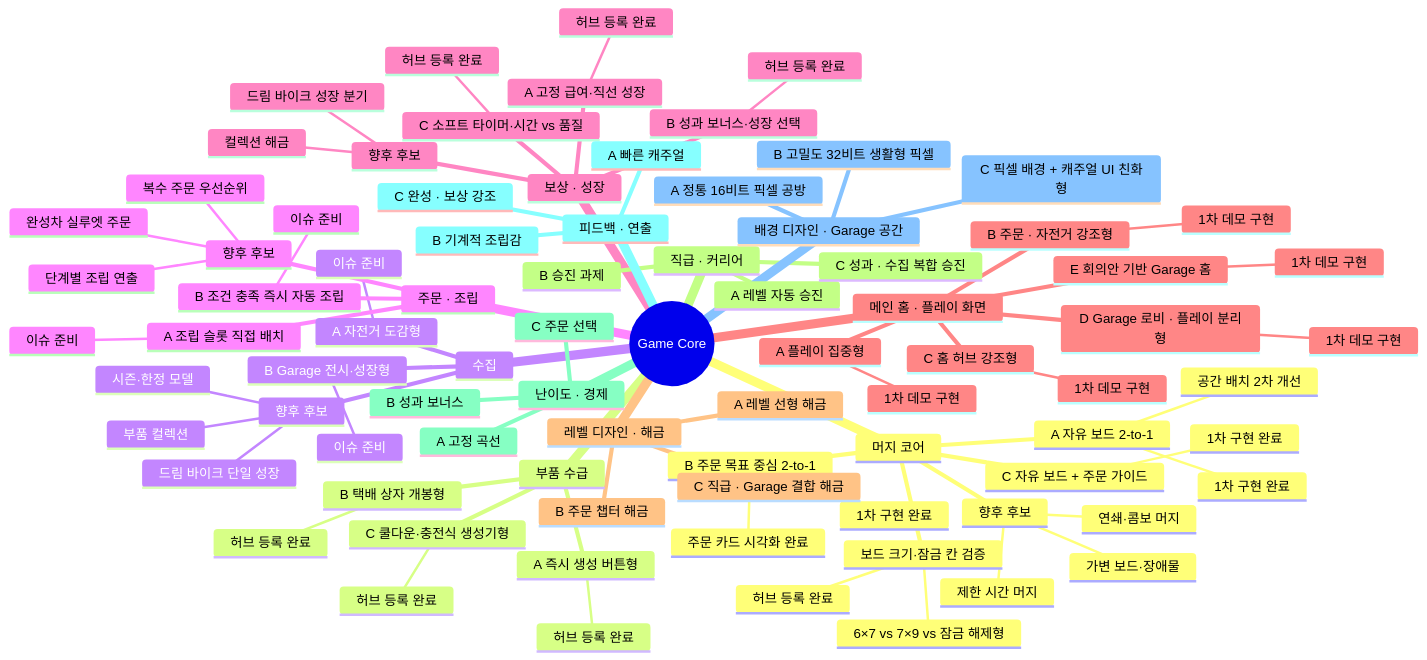
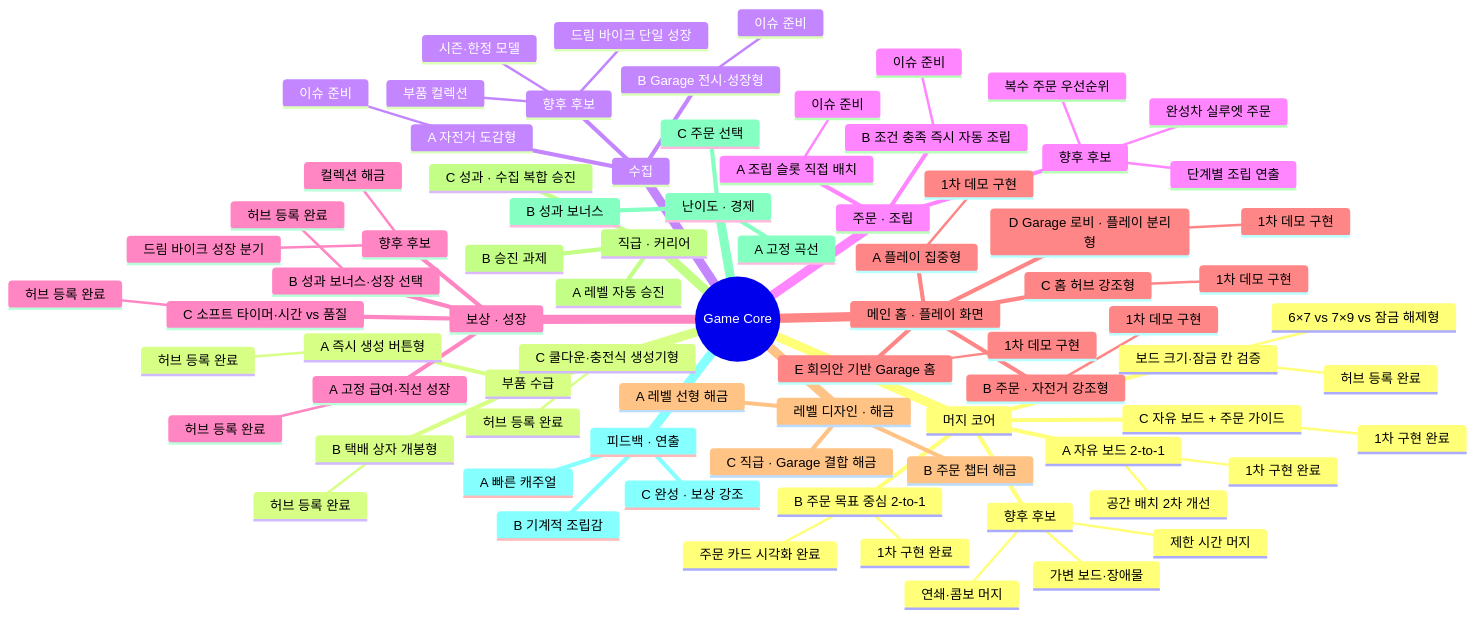
One commit to aigemro/dream-bike-garage-lab changed the second of 5 diagrams in docs/LAB_PROTOTYPE_MAP.md. Above: the diagram before and after it, drawn with Mermaid. The commit also changed other lines of this file and 2 other files, not shown here.

````diff
--- a/docs/LAB_PROTOTYPE_MAP.md
+++ b/docs/LAB_PROTOTYPE_MAP.md
@@ -123,8 +129,4 @@
       A 빠른 캐주얼
       B 기계적 조립감
       C 완성 · 보상 강조
-    배경 디자인 · Garage 공간
-      A 정통 16비트 픽셀 공방
-      B 고밀도 32비트 생활형 픽셀
-      C 픽셀 배경 + 캐주얼 UI 친화형
 ```
````
